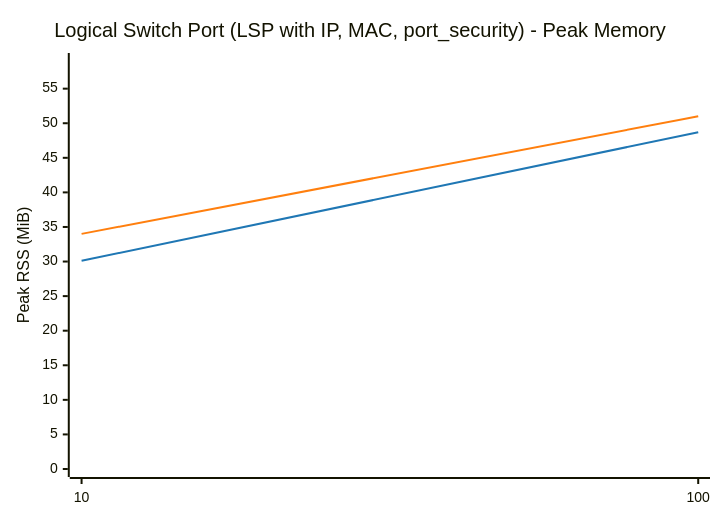
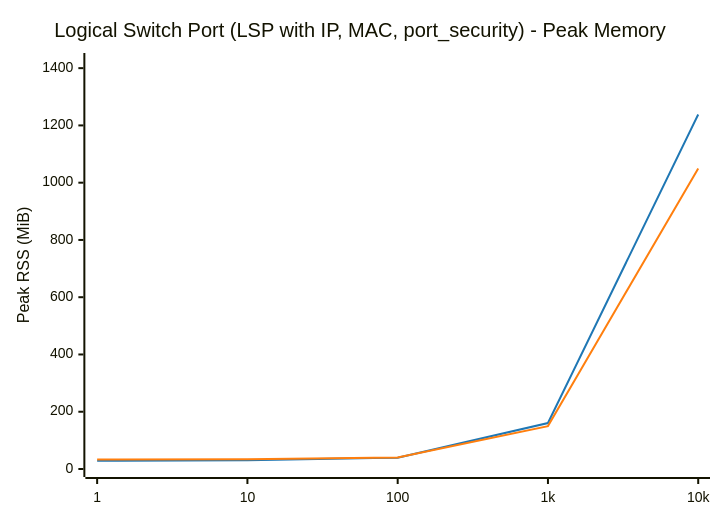
The second of 14 diagrams in results/BENCHMARK_REPORT.md (LionelJouin/ovs-ovn-bench), drawn with Mermaid before and after one commit. The commit also changed other lines of this file and 4 other files, not shown here.

````diff
--- a/results/BENCHMARK_REPORT.md
+++ b/results/BENCHMARK_REPORT.md
@@ -78,14 +129,14 @@
 ```mermaid
 ---
 config:
     themeVariables:
         xyChart:
             plotColorPalette: "#1f77b4, #ff7f0e"
 ---
 xychart-beta
     title "Logical Switch Port (LSP with IP, MAC, port_security) - Peak Memory"
-    x-axis ["10", "100"]
-    y-axis "Peak RSS (MiB)" 0 --> 59
-    line "glibc malloc" [30.1, 48.7]
-    line "jemalloc" [34.0, 51.0]
+    x-axis ["1", "10", "100", "1k", "10k"]
+    y-axis "Peak RSS (MiB)" 0 --> 1425
+    line "glibc malloc" [28.8, 30.2, 39.6, 160.5, 1238.3]
+    line "jemalloc" [32.8, 34.0, 40.1, 149.8, 1049.7]
 ```
````
